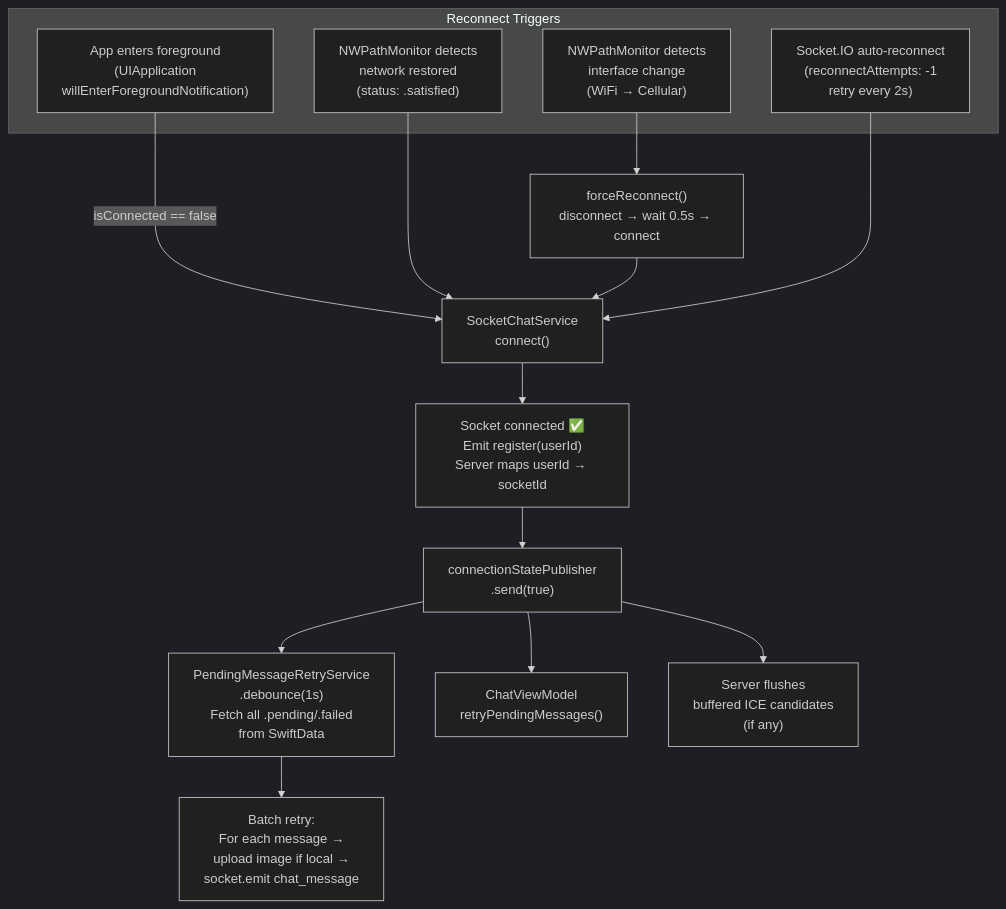
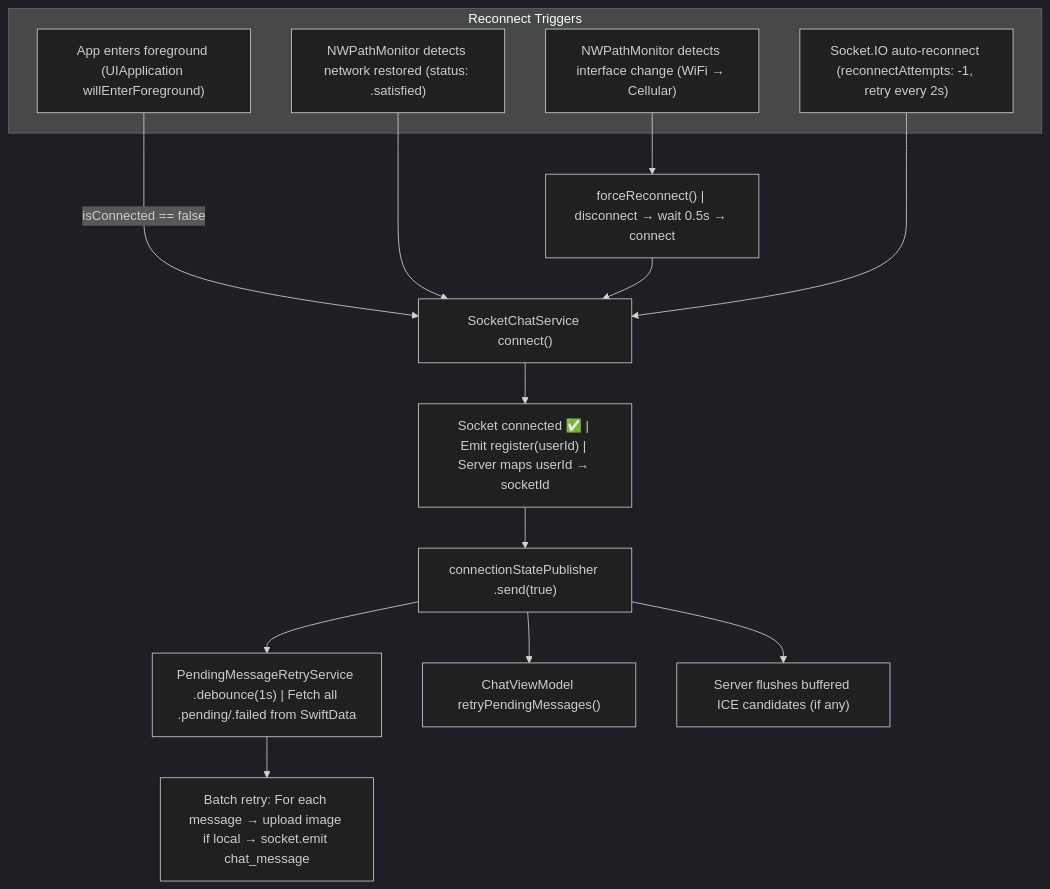
One commit to denizyakar/SoniApp changed the fifth of 6 diagrams in README.md. Above: the diagram before and after it, drawn with Mermaid (dark theme). The commit also changed other lines of this file, not shown here.

````diff
--- a/README.md
+++ b/README.md
@@ -285,25 +285,25 @@
 ```mermaid
 flowchart TD
     subgraph Triggers["Reconnect Triggers"]
-        T1["App enters foreground\n(UIApplication\nwillEnterForegroundNotification)"]
-        T2["NWPathMonitor detects\nnetwork restored\n(status: .satisfied)"]
-        T3["NWPathMonitor detects\ninterface change\n(WiFi → Cellular)"]
-        T4["Socket.IO auto-reconnect\n(reconnectAttempts: -1\nretry every 2s)"]
+        T1["App enters foreground (UIApplication willEnterForeground)"]
+        T2["NWPathMonitor detects network restored (status: .satisfied)"]
+        T3["NWPathMonitor detects interface change (WiFi → Cellular)"]
+        T4["Socket.IO auto-reconnect (reconnectAttempts: -1, retry every 2s)"]
     end
 
-    T1 -->|"isConnected == false"| CONN["SocketChatService\nconnect()"]
+    T1 -->|"isConnected == false"| CONN["SocketChatService connect()"]
     T2 --> CONN
-    T3 --> FORCE["forceReconnect()\ndisconnect → wait 0.5s → connect"]
+    T3 --> FORCE["forceReconnect() | disconnect → wait 0.5s → connect"]
     FORCE --> CONN
     T4 --> CONN
 
-    CONN --> REG["Socket connected ✅\nEmit register(userId)\nServer maps userId → socketId"]
+    CONN --> REG["Socket connected ✅ | Emit register(userId) | Server maps userId → socketId"]
 
-    REG --> PUB["connectionStatePublisher\n.send(true)"]
+    REG --> PUB["connectionStatePublisher .send(true)"]
 
-    PUB --> RETRY["PendingMessageRetryService\n.debounce(1s)\nFetch all .pending/.failed\nfrom SwiftData"]
-    PUB --> READ["ChatViewModel\nretryPendingMessages()"]
-    PUB --> FLUSH["Server flushes\nbuffered ICE candidates\n(if any)"]
+    PUB --> RETRY["PendingMessageRetryService .debounce(1s) | Fetch all .pending/.failed from SwiftData"]
+    PUB --> READ["ChatViewModel retryPendingMessages()"]
+    PUB --> FLUSH["Server flushes buffered ICE candidates (if any)"]
 
-    RETRY --> BATCH["Batch retry:\nFor each message →\nupload image if local →\nsocket.emit chat_message"]
+    RETRY --> BATCH["Batch retry: For each message → upload image if local → socket.emit chat_message"]
 ```
````
